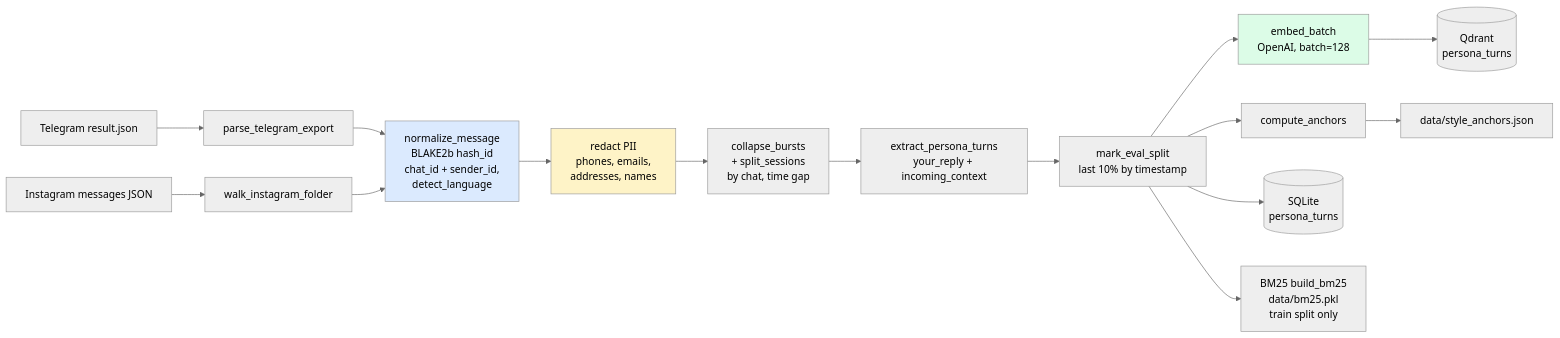
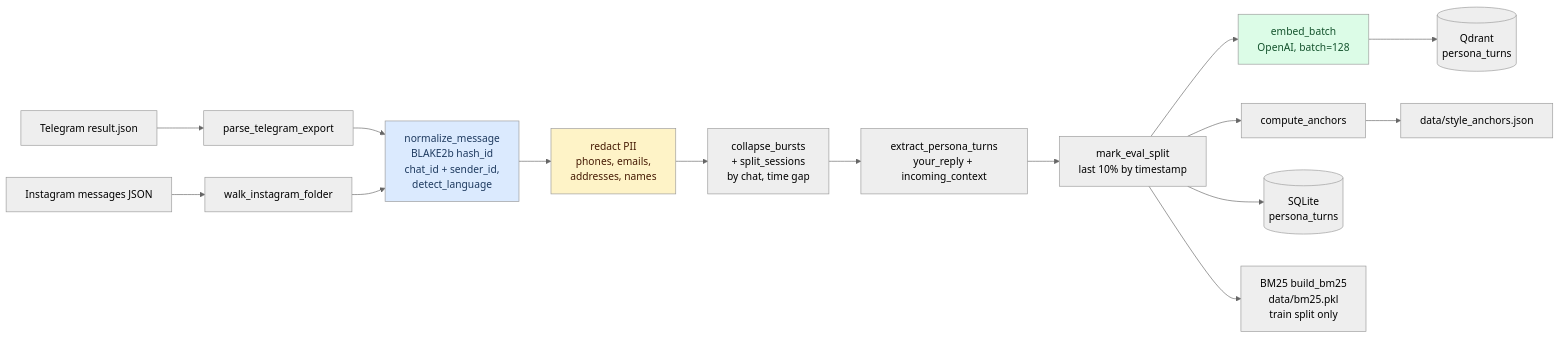
The diagram in docs/EVAL.md (BohdanChuprynka/Persona-RAG), drawn with Mermaid (neutral theme) before and after one commit. The commit also changed other lines of this file and 13 other files, not shown here.

First line of the commit message:
docs(diagrams): overhaul Mermaid diagrams + fix dark-theme readability

````diff
--- a/docs/EVAL.md
+++ b/docs/EVAL.md
@@ -41,25 +41,25 @@
 ```mermaid
 flowchart LR
     A1[Telegram result.json] --> P1[parse_telegram_export]
     A2[Instagram messages JSON] --> P2[walk_instagram_folder]
 
     P1 --> N[normalize_message<br/>BLAKE2b hash_id<br/>chat_id + sender_id,<br/>detect_language]
     P2 --> N
 
     N --> R[redact PII<br/>phones, emails,<br/>addresses, names]
     R --> C[collapse_bursts<br/>+ split_sessions<br/>by chat, time gap]
     C --> T[extract_persona_turns<br/>your_reply + incoming_context]
     T --> M[mark_eval_split<br/>last 10% by timestamp]
 
     M --> E[embed_batch<br/>OpenAI, batch=128]
     M --> ST[compute_anchors]
     M --> DB[(SQLite<br/>persona_turns)]
     M --> BM[BM25 build_bm25<br/>data/bm25.pkl<br/>train split only]
 
     E --> Q[(Qdrant<br/>persona_turns)]
     ST --> SA[data/style_anchors.json]
 
-    style N fill:#dbeafe
-    style R fill:#fef3c7
-    style E fill:#dcfce7
+    style N fill:#dbeafe,color:#1e3a5f
+    style R fill:#fef3c7,color:#451a03
+    style E fill:#dcfce7,color:#14532d
 ```
````
